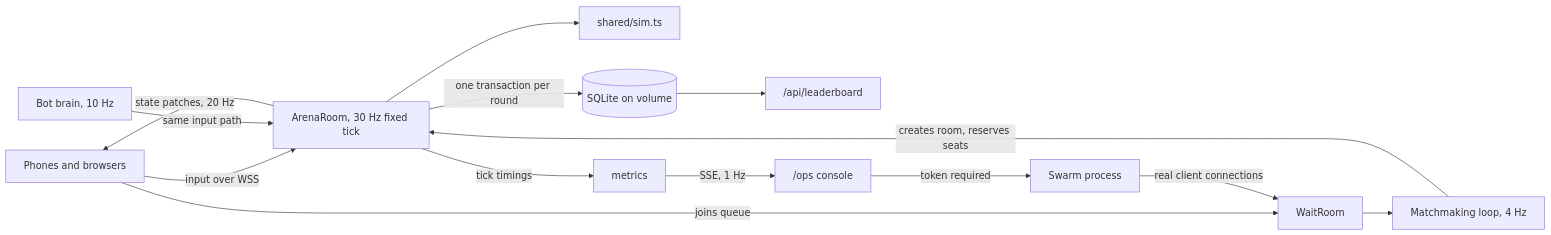
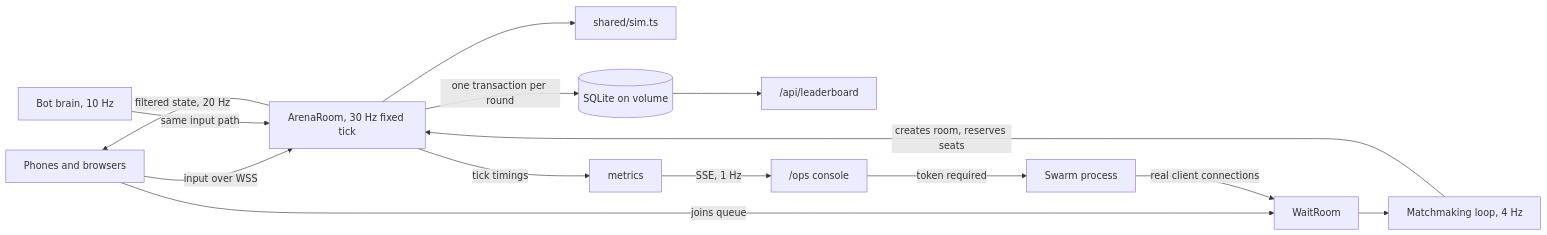
Before and after one commit to chalumuru-hemanth/wolfjam-hackathon: the diagram in docs/ARCHITECTURE.md, drawn with Mermaid. The commit also changed other lines of this file and 42 other files, not shown here.

````diff
--- a/docs/ARCHITECTURE.md
+++ b/docs/ARCHITECTURE.md
@@ -5,16 +7,16 @@
 ```mermaid
 flowchart LR
   P["Phones and browsers"] -- "input over WSS" --> A
-  A -- "state patches, 20 Hz" --> P
+  A -- "filtered state, 20 Hz" --> P
   P -- "joins queue" --> W["WaitRoom"]
   W --> M["Matchmaking loop, 4 Hz"]
   M -- "creates room, reserves seats" --> A["ArenaRoom, 30 Hz fixed tick"]
   B["Bot brain, 10 Hz"] -- "same input path" --> A
   A --> S["shared/sim.ts"]
   A -- "one transaction per round" --> D[("SQLite on volume")]
   D --> L["/api/leaderboard"]
   A -- "tick timings" --> O["metrics"]
   O -- "SSE, 1 Hz" --> C["/ops console"]
   C -- "token required" --> X["Swarm process"]
   X -- "real client connections" --> W
 ```
````
